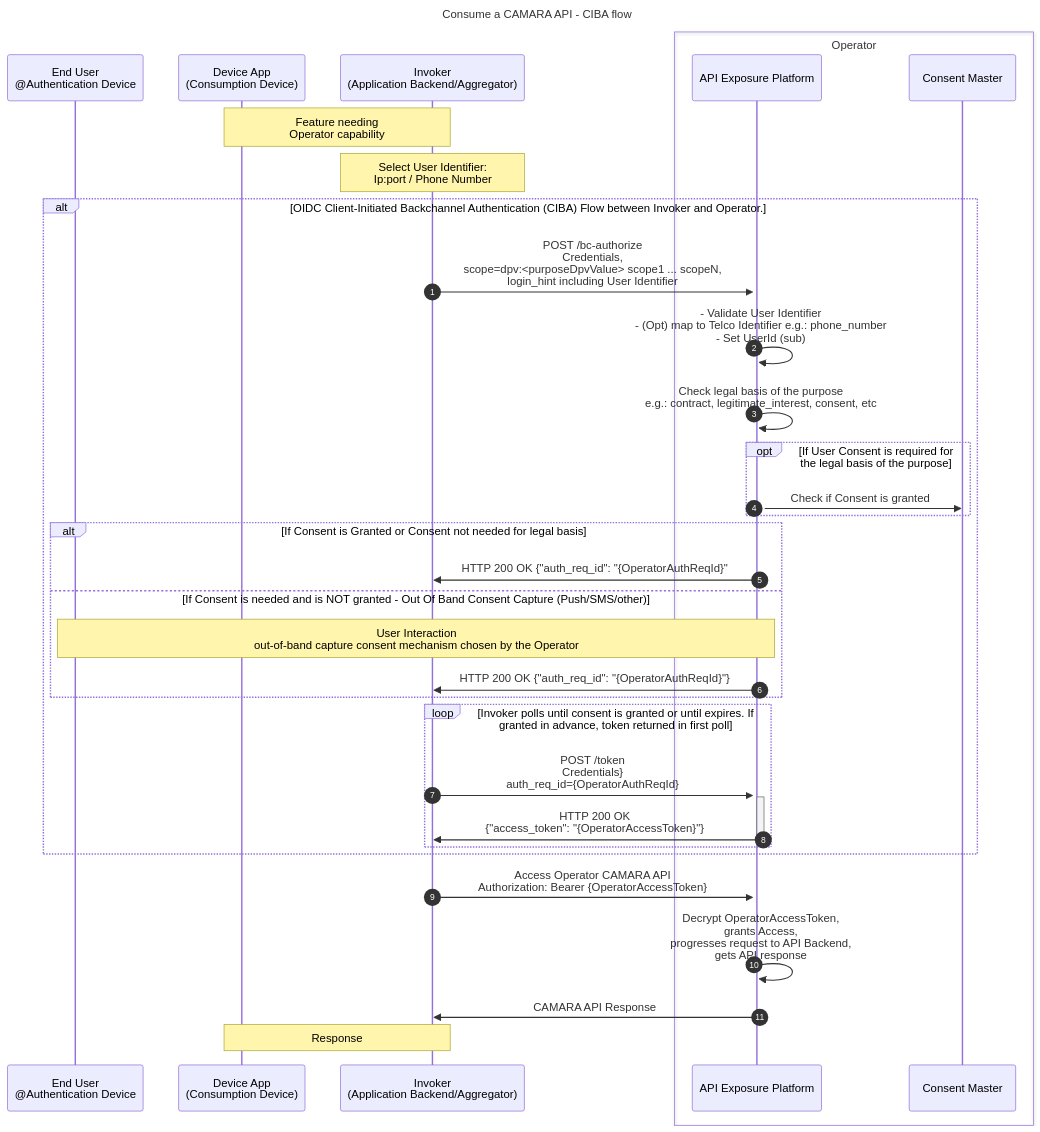
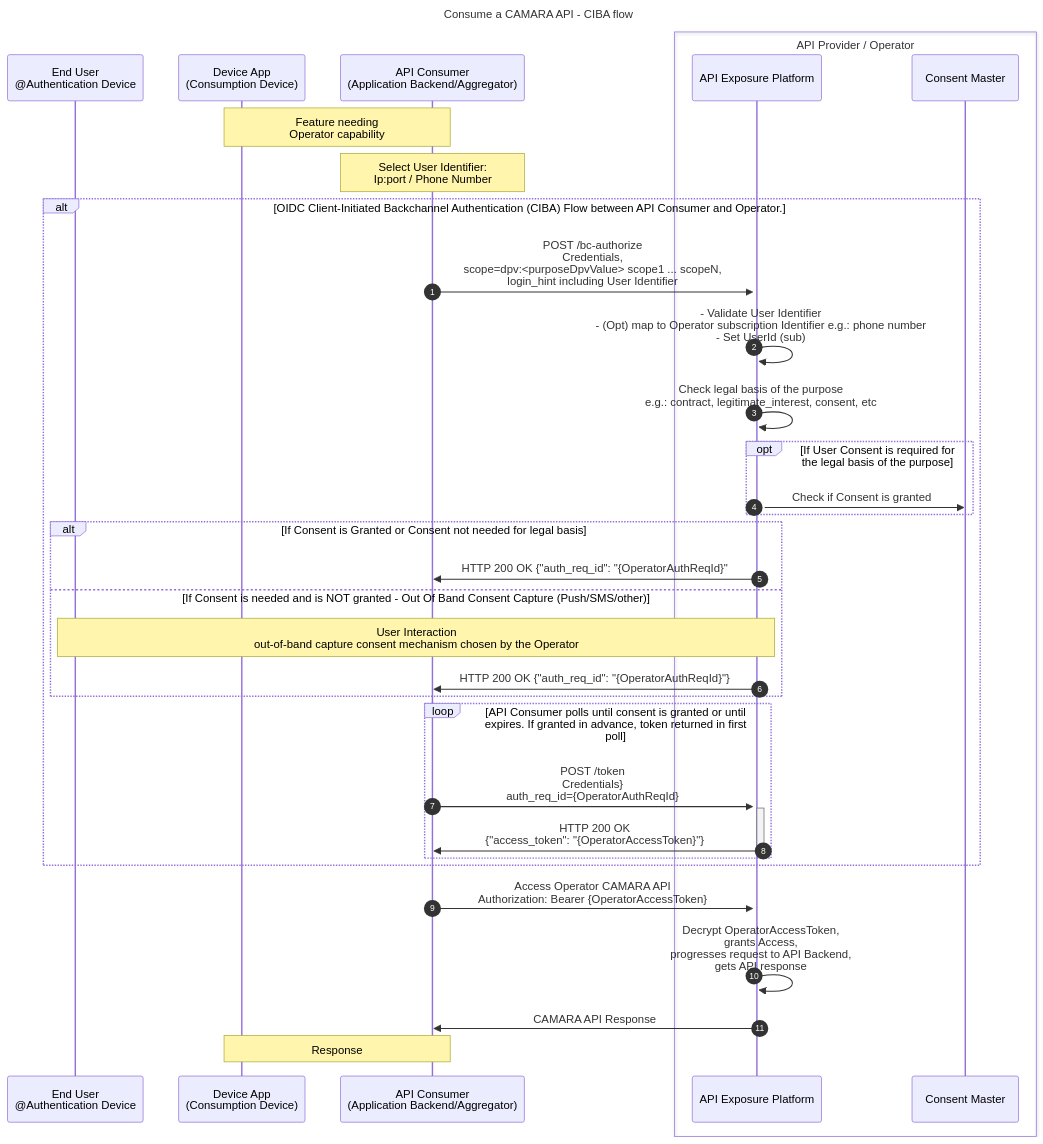
One commit to camaraproject/IdentityAndConsentManagement changed the second of 2 diagrams in documentation/CAMARA-API-access-and-user-consent.md. Above: the diagram before and after it, drawn with Mermaid. The commit also changed other lines of this file, not shown here.

Commit message:
Further alignment of CAMARA-API-access-and-user-consent.md with API consumer and API provider terms

````diff
--- a/documentation/CAMARA-API-access-and-user-consent.md
+++ b/documentation/CAMARA-API-access-and-user-consent.md
@@ -188,38 +188,38 @@
 ```mermaid
 sequenceDiagram
 autonumber
 title Consume a CAMARA API - CIBA flow
 participant User as End User<br>@Authentication Device
 participant FE as Device App<br>(Consumption Device)
-participant BE as Invoker<br>(Application Backend/Aggregator)  
-box Operator
+participant BE as API Consumer<br>(Application Backend/Aggregator)  
+box API Provider / Operator
   participant ExpO as API Exposure Platform  
   participant Consent as Consent Master
 end
 
 Note over FE,BE: Feature needing<br>Operator capability  
 Note over BE: Select User Identifier:<br>Ip:port / Phone Number  
 
-alt OIDC Client-Initiated Backchannel Authentication (CIBA) Flow between Invoker and Operator.
+alt OIDC Client-Initiated Backchannel Authentication (CIBA) Flow between API Consumer and Operator.
   BE->>+ExpO: POST /bc-authorize<br> Credentials,<br>scope=dpv:<purposeDpvValue> scope1 ... scopeN,<br>login_hint including User Identifier    
-  ExpO->>ExpO: - Validate User Identifier<br>- (Opt) map to Telco Identifier e.g.: phone_number<br>- Set UserId (sub)  
+  ExpO->>ExpO: - Validate User Identifier<br>- (Opt) map to Operator subscription Identifier e.g.: phone number<br>- Set UserId (sub)  
   ExpO->>ExpO: Check legal basis of the purpose<br> e.g.: contract, legitimate_interest, consent, etc
   opt If User Consent is required for the legal basis of the purpose  
     ExpO->>Consent: Check if Consent is granted
   end
   alt If Consent is Granted or Consent not needed for legal basis   
     ExpO->>BE: HTTP 200 OK {"auth_req_id": "{OperatorAuthReqId}"  
   else If Consent is needed and is NOT granted - Out Of Band Consent Capture (Push/SMS/other)
     Note over ExpO,User: User Interaction <br> out-of-band capture consent mechanism chosen by the Operator
     ExpO->>BE: HTTP 200 OK {"auth_req_id": "{OperatorAuthReqId}"}
   end
-  loop Invoker polls until consent is granted or until expires. If granted in advance, token returned in first poll
+  loop API Consumer polls until consent is granted or until expires. If granted in advance, token returned in first poll
     BE->>+ExpO: POST /token <br>Credentials}<br>auth_req_id={OperatorAuthReqId}    
     ExpO->>-BE: HTTP 200 OK <br>{"access_token": "{OperatorAccessToken}"}
   end  
 end
 BE->>ExpO: Access Operator CAMARA API<br>Authorization: Bearer {OperatorAccessToken}    
 ExpO->>ExpO: Decrypt OperatorAccessToken,<br>grants Access,<br>progresses request to API Backend,<br>gets API response  
 ExpO->>BE: CAMARA API Response
 Note over BE,FE: Response
 ```
````
